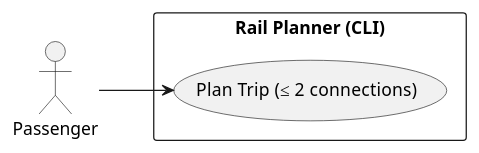
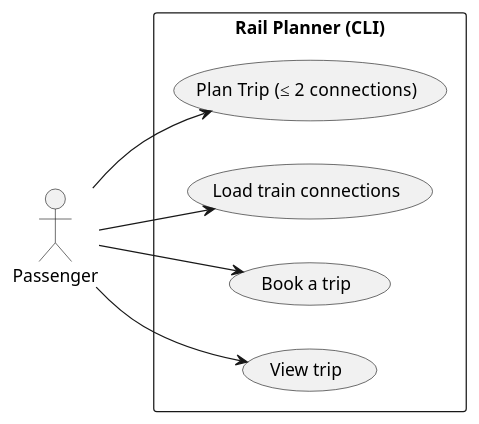
Before and after one commit to SamuelVachon/SOEN342: the diagram in Iteration_2/docs/UMLs/UseCase.puml, drawn with PlantUML. The commit also changed 3 other files, not shown here.

```diff
--- a/Iteration_2/docs/UMLs/UseCase.puml
+++ b/Iteration_2/docs/UMLs/UseCase.puml
@@ -1,11 +1,18 @@
 @startuml use case diagram
 left to right direction
 actor Passenger as User
 
 rectangle "Rail Planner (CLI)" {
   usecase "Plan Trip (≤ 2 connections)" as UC_Plan
+  usecase "Load train connections" as UC_load
+  usecase "Book a trip" as UC_book
+  usecase "View trip" as UC_view
 }
 
+
 User --> UC_Plan
+User --> UC_load
+User --> UC_book
+User --> UC_view
 
 @enduml
```
